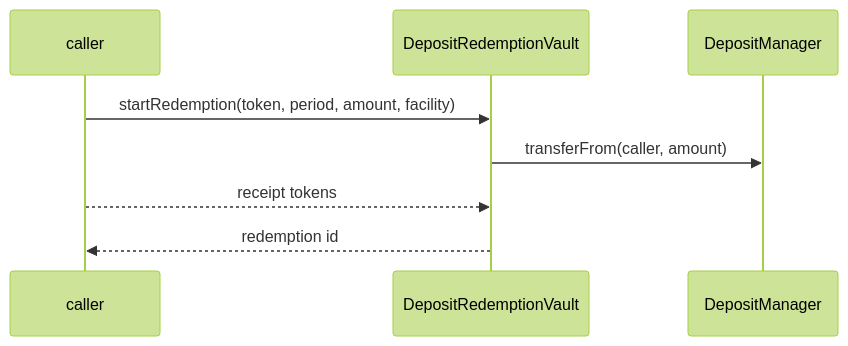
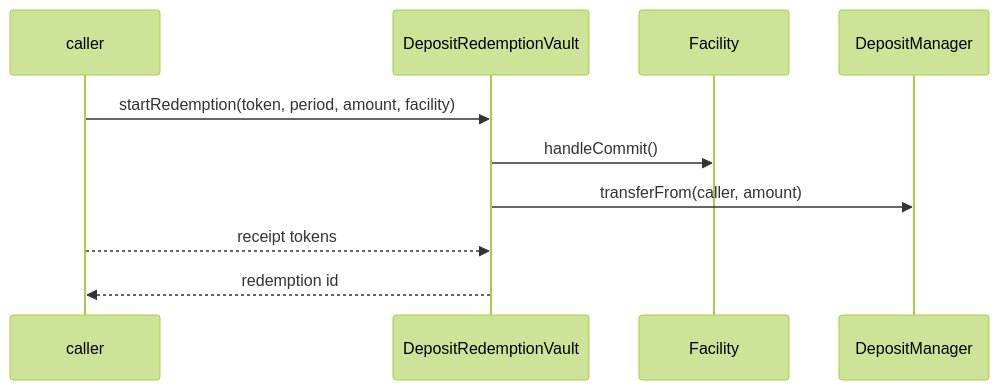
Before and after one commit to OlympusDAO/olympus-v3: the sixth of 12 diagrams in audit/2025-01_convertible-deposits/README.md, drawn with Mermaid (forest theme). The commit also changed other lines of this file and 1 other file, not shown here.

````diff
--- a/audit/2025-01_convertible-deposits/README.md
+++ b/audit/2025-01_convertible-deposits/README.md
@@ -366,11 +345,13 @@
 ```mermaid
 sequenceDiagram
     participant caller
     participant DepositRedemptionVault
+    participant Facility
     participant DepositManager
 
     caller->>DepositRedemptionVault: startRedemption(token, period, amount, facility)
+    DepositRedemptionVault->>Facility: handleCommit()
     DepositRedemptionVault->>DepositManager: transferFrom(caller, amount)
     caller-->>DepositRedemptionVault: receipt tokens
     DepositRedemptionVault-->>caller: redemption id
 ```
````
